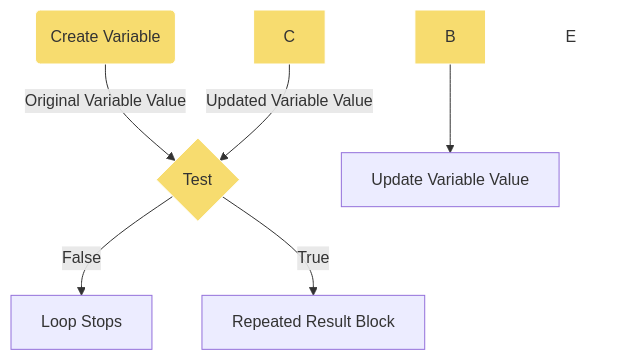
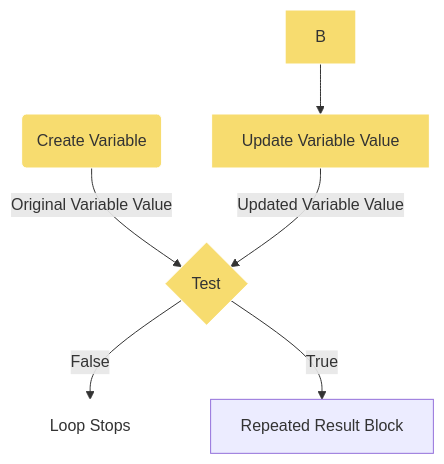
Before and after one commit to lsu-ddem/pathways-site: the diagram in content/1_IntroToCoding/2_MakingThings_Happen/3_Lesson_3/index.md, drawn with Mermaid.

Commit message:
Update Do it again “index”

```diff
--- a/content/1_IntroToCoding/2_MakingThings_Happen/3_Lesson_3/index.md
+++ b/content/1_IntroToCoding/2_MakingThings_Happen/3_Lesson_3/index.md
@@ -23,13 +23,13 @@
 {{<mermaid align="center">}}
 graph TD 
 H(Create Variable)-->|Original Variable Value|A
- A-->|False| E\[Loop Stops]
+ A-->|False| E[Loop Stops]
 A{Test} -->|True| B\[Repeated Result Block]
-B-->C\[Update Variable Value]
+B-->C[Update Variable Value]
 C-->|Updated Variable Value|A
 style A fill:  #f7dc6f , stroke:#FFFFFF;
 style B fill:  #f7dc6f ,stroke:#FFFFFF;
 style C fill:  #f7dc6f ,stroke:#FFFFFF;
 style E fill: #FFFFFF, stroke:#FFFFFF;
 style H fill:  #f7dc6f ,stroke:#FFFFFF;
 {{< /mermaid >}}
```
